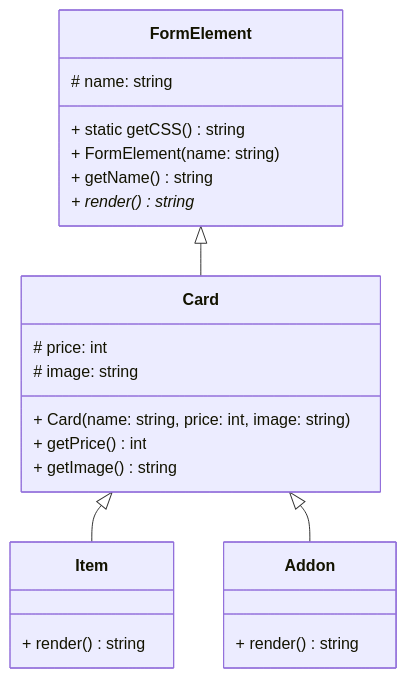
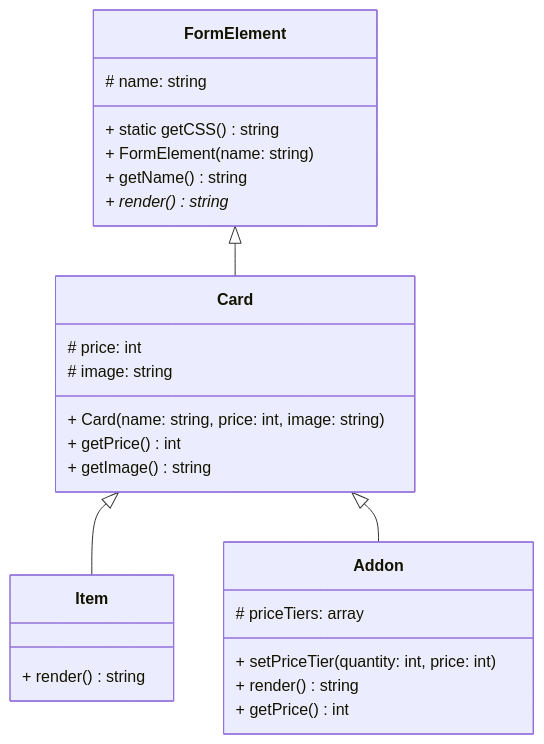
The diagram in README.md (AlexandrAnatoliev/send-invoice), drawn with Mermaid before and after one commit.

````diff
--- a/README.md
+++ b/README.md
@@ -81,32 +81,35 @@
 ```mermaid
 classDiagram
   
   class FormElement {
     # name: string
     + static getCSS() string
     + FormElement(name: string)
     + getName() string
     + render() string*
   }
 
   class Card {
     # price: int
     # image: string
     + Card(name: string, price: int, image: string)
     + getPrice() int
     + getImage() string
   }
 
   class Item {
     + render() string
   }
 
   class Addon {
+    # priceTiers: array
+    + setPriceTier(quantity: int, price: int)
     + render() string
+    + getPrice() int
   }
 
   FormElement  <|-- Card
   Card <|-- Item
   Card <|-- Addon
 
 ```
````
